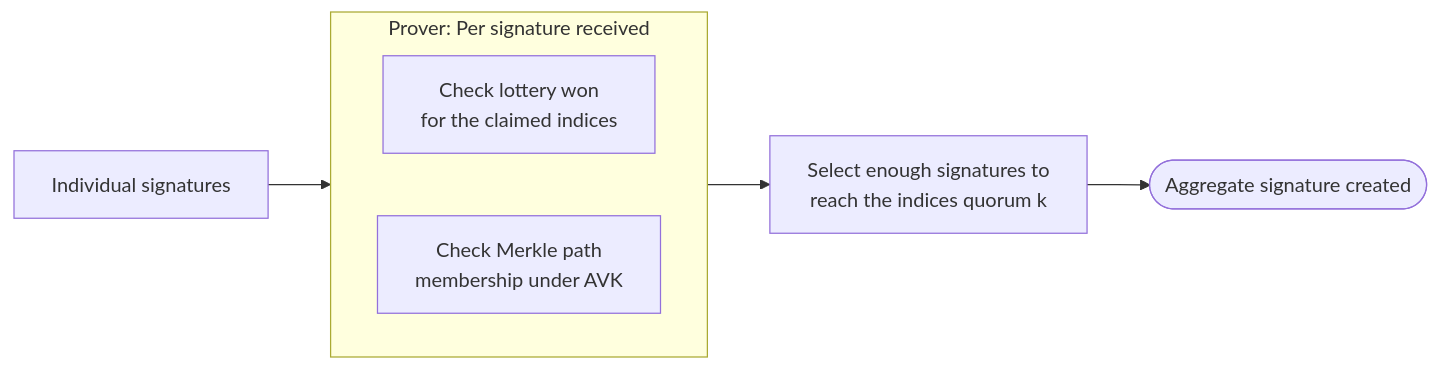
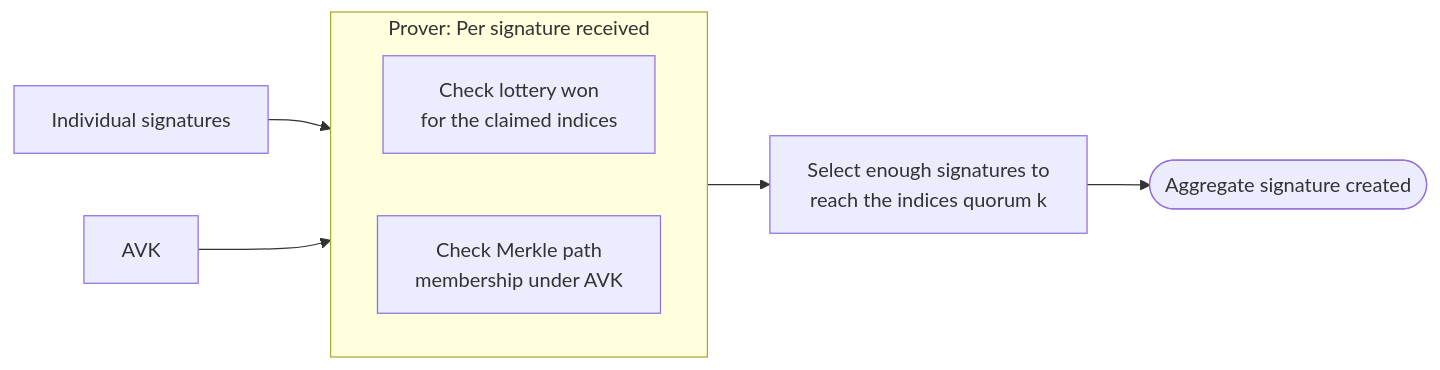
Before and after one commit to IntersectMBO/mithril: the first of 2 diagrams in docs/website/root/mithril/advanced/mithril-protocol/aggregation/concatenation.md, drawn with Mermaid. The commit also changed other lines of this file and 3 other files, not shown here.

````diff
--- a/docs/website/root/mithril/advanced/mithril-protocol/aggregation/concatenation.md
+++ b/docs/website/root/mithril/advanced/mithril-protocol/aggregation/concatenation.md
@@ -14,13 +18,14 @@
 ```mermaid
 flowchart LR
     Sigs[Individual signatures] --> Loop
+    AVK[AVK] --> Loop
 
     subgraph Loop["Prover: Per signature received"]
         direction LR
         L["Check lottery won<br/>for the claimed indices"]
         M["Check Merkle path<br/>membership under AVK"]
     end
 
     Loop --> Select["Select enough signatures to<br/>reach the indices quorum k"]
     Select --> Proof(["Aggregate signature created"])
 ```
````
